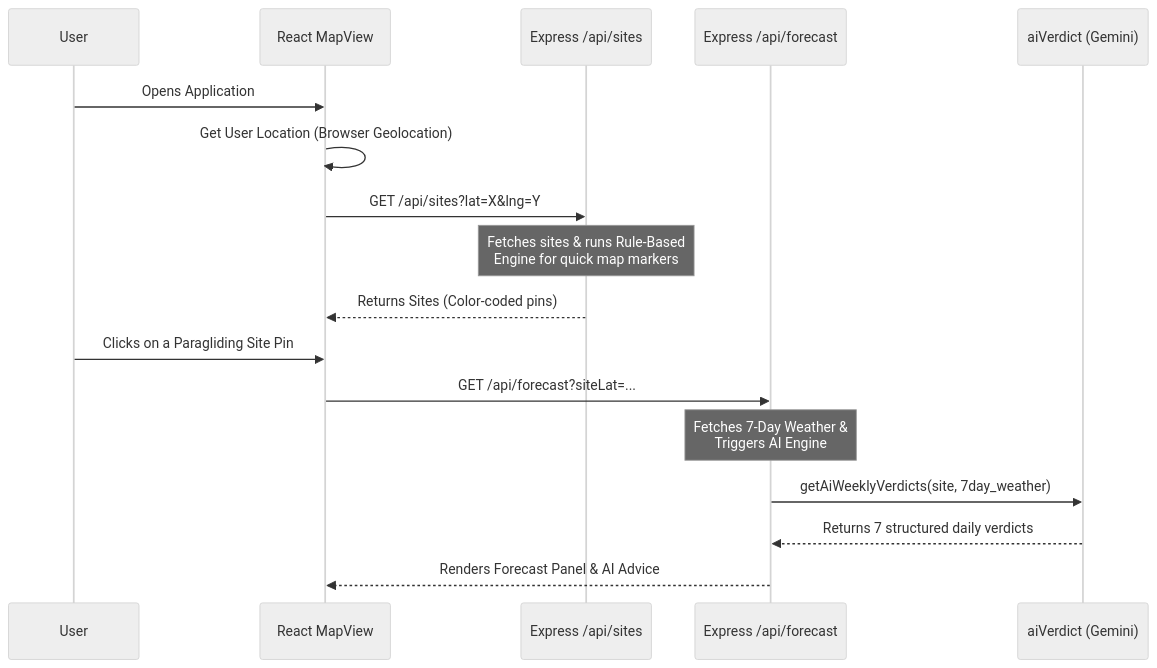
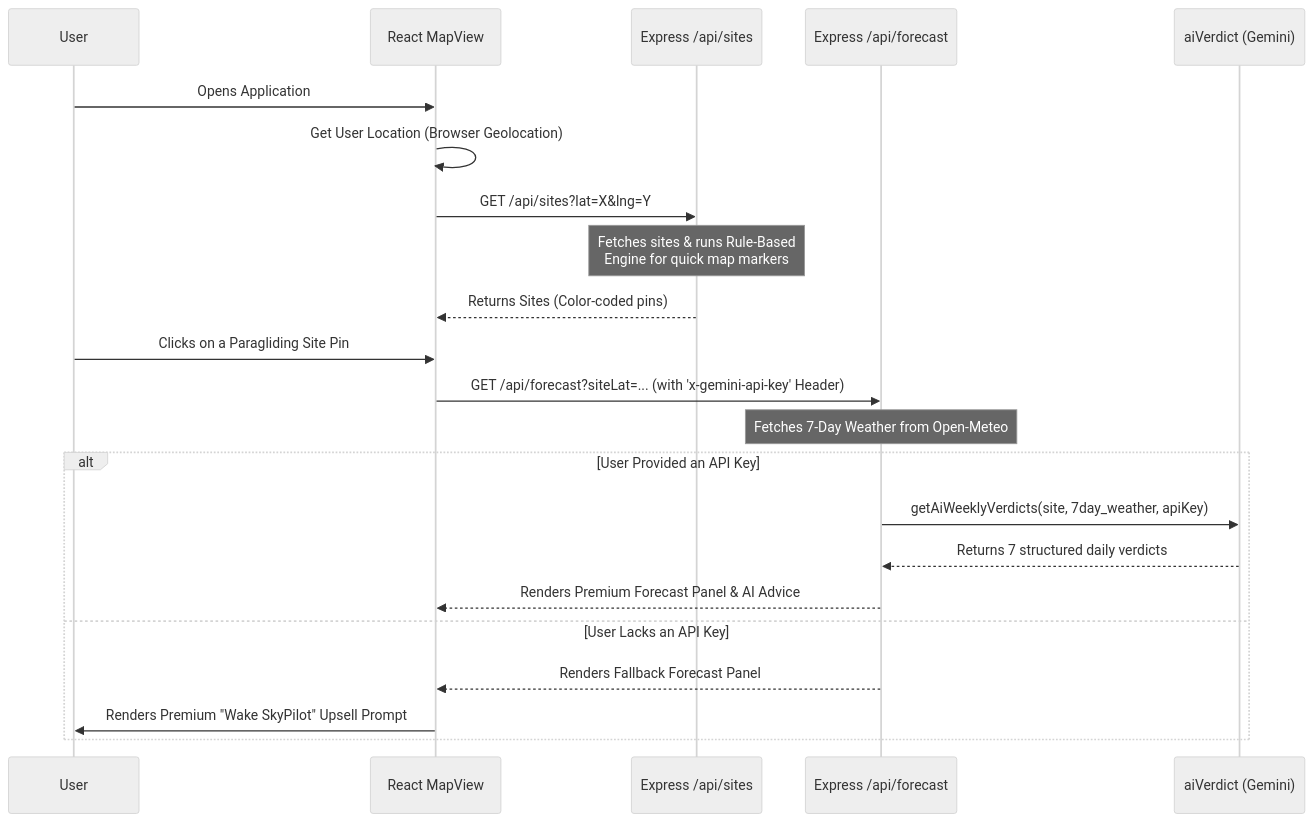
Before and after one commit to rupeshdabbir/Paragliding-agent: the first of 3 diagrams in README.md, drawn with Mermaid (neutral theme). The commit also changed other lines of this file and 3 other files, not shown here.

Commit message:
feat: Implement Bring Your Own Key (BYOK) architecture, refine search bar layout and width, and adjust mobile FAB positioning.

````diff
--- a/README.md
+++ b/README.md
@@ -124,21 +125,28 @@
 ```mermaid
 sequenceDiagram
     participant User
     participant MapUI as React MapView
     participant SiteAPI as Express /api/sites
     participant ForecastAPI as Express /api/forecast
     participant AI as aiVerdict (Gemini)
     
     User->>MapUI: Opens Application
     MapUI->>MapUI: Get User Location (Browser Geolocation)
     MapUI->>SiteAPI: GET /api/sites?lat=X&lng=Y
     Note over SiteAPI: Fetches sites & runs Rule-Based<br/>Engine for quick map markers
     SiteAPI-->>MapUI: Returns Sites (Color-coded pins)
     
     User->>MapUI: Clicks on a Paragliding Site Pin
-    MapUI->>ForecastAPI: GET /api/forecast?siteLat=...
-    Note over ForecastAPI: Fetches 7-Day Weather & <br/>Triggers AI Engine
-    ForecastAPI->>AI: getAiWeeklyVerdicts(site, 7day_weather)
-    AI-->>ForecastAPI: Returns 7 structured daily verdicts
-    ForecastAPI-->>MapUI: Renders Forecast Panel & AI Advice
+    MapUI->>ForecastAPI: GET /api/forecast?siteLat=... (with 'x-gemini-api-key' Header)
+    Note over ForecastAPI: Fetches 7-Day Weather from Open-Meteo
+    
+    alt User Provided an API Key
+        ForecastAPI->>AI: getAiWeeklyVerdicts(site, 7day_weather, apiKey)
+        AI-->>ForecastAPI: Returns 7 structured daily verdicts
+        ForecastAPI-->>MapUI: Renders Premium Forecast Panel & AI Advice
+    else User Lacks an API Key
+        ForecastAPI-->>MapUI: Renders Fallback Forecast Panel
+        MapUI->>User: Renders Premium "Wake SkyPilot" Upsell Prompt
+    end
+
 ```
````
